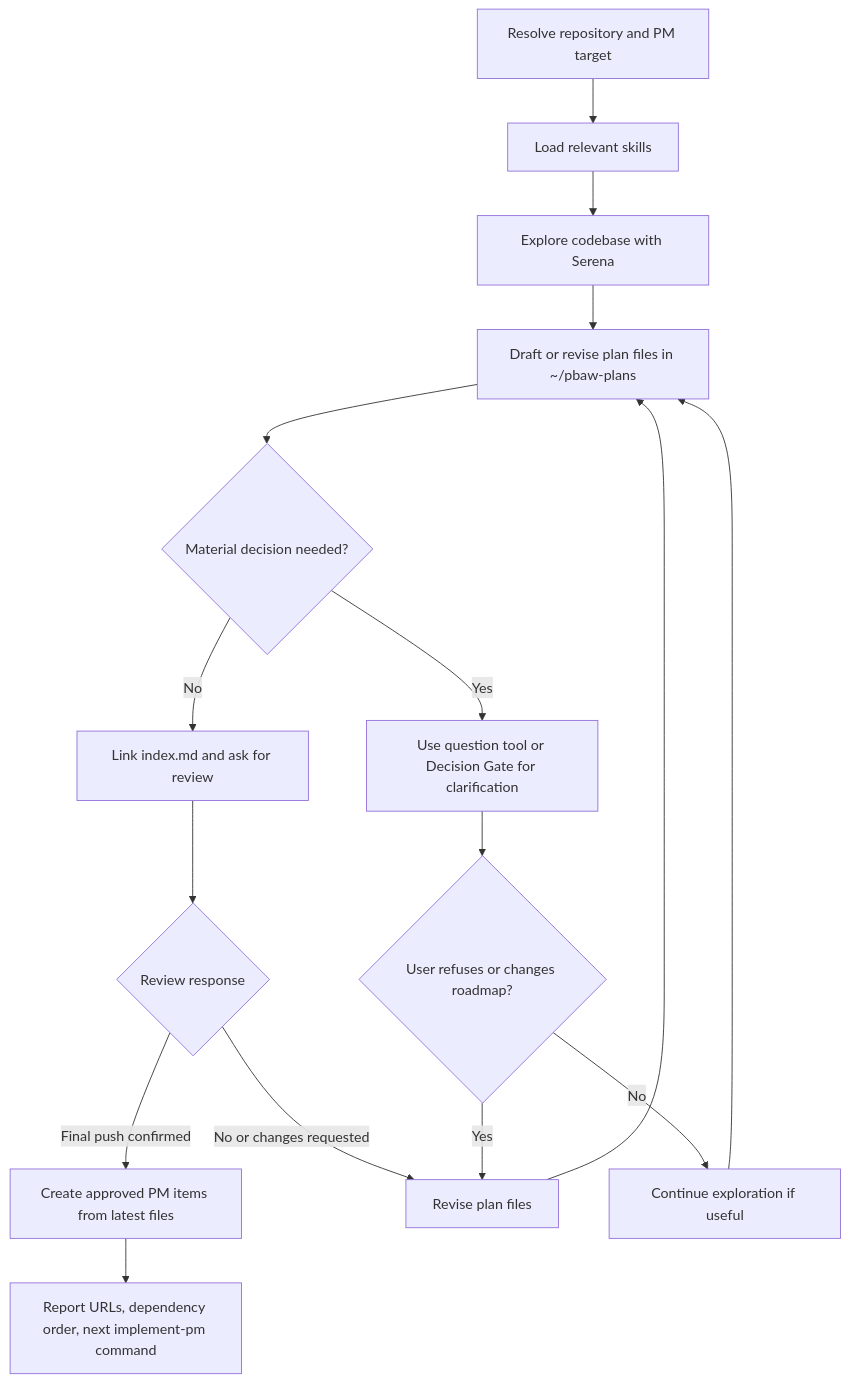
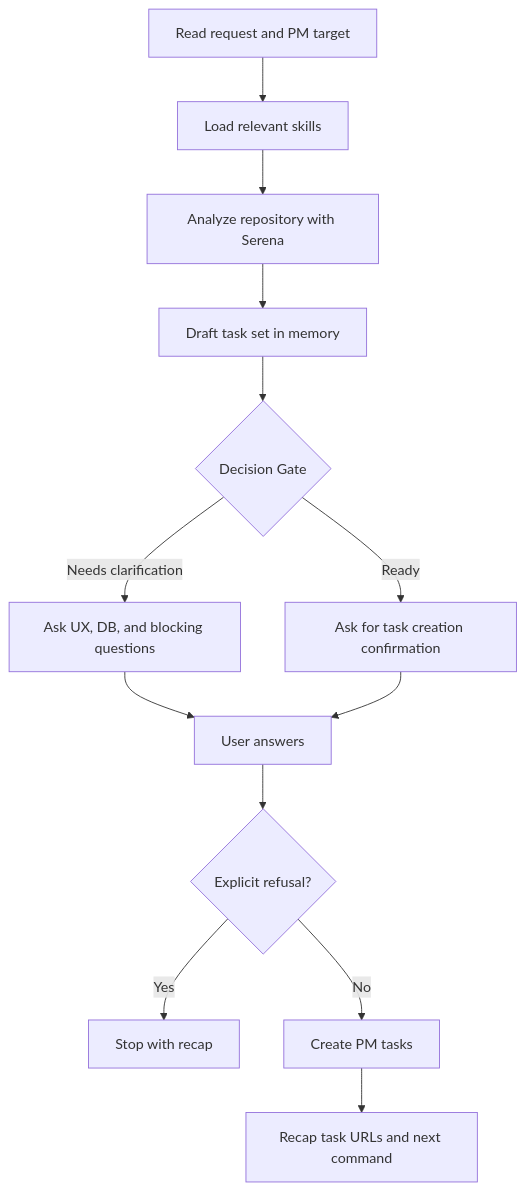
One commit to mvagnon/plan-based-agentic-workflow changed the diagram in skills/feed-pm/SKILL.md. Above: the diagram before and after it, drawn with Mermaid. The commit also changed other lines of this file and 25 other files, not shown here.

````diff
--- a/skills/feed-pm/SKILL.md
+++ b/skills/feed-pm/SKILL.md
@@ -74,18 +20,15 @@
 ```mermaid
 flowchart TD
-  A[Resolve repository and PM target] --> B[Load relevant skills]
-  B --> C[Explore codebase with Serena]
-  C --> D[Draft or revise plan files in ~/pbaw-plans]
-  D --> E{Material decision needed?}
-  E -->|No| F[Link index.md and ask for review]
-  F --> G{Review response}
-  G -->|Final push confirmed| H[Create approved PM items from latest files]
-  G -->|No or changes requested| I[Revise plan files]
-  I --> D
-  E -->|Yes| J[Use question tool or Decision Gate for clarification]
-  J --> K{User refuses or changes roadmap?}
-  K -->|No| L[Continue exploration if useful]
-  L --> D
-  K -->|Yes| I
-  H --> M[Report URLs, dependency order, next implement-pm command]
+  A[Read request and PM target] --> B[Load relevant skills]
+  B --> C[Analyze repository with Serena]
+  C --> D[Draft task set in memory]
+  D --> E{Decision Gate}
+  E -->|Needs clarification| F[Ask UX, DB, and blocking questions]
+  E -->|Ready| G[Ask for task creation confirmation]
+  F --> H[User answers]
+  G --> H
+  H --> I{Explicit refusal?}
+  I -->|Yes| J[Stop with recap]
+  I -->|No| K[Create PM tasks]
+  K --> L[Recap task URLs and next command]
 ```
````
